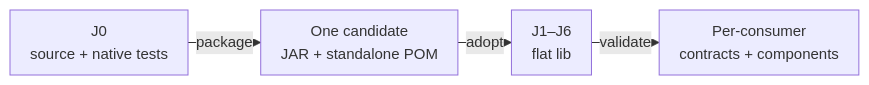
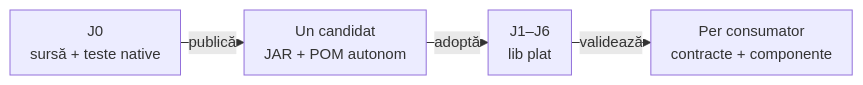
The diagram in docs/ATF_Platform_Libraries.md (crististefanita/atf_j0), drawn with Mermaid before and after one commit. The commit also changed other lines of this file and 15 other files, not shown here.

````diff
--- a/docs/ATF_Platform_Libraries.md
+++ b/docs/ATF_Platform_Libraries.md
@@ -33,7 +33,7 @@
 ```mermaid
 %%{init: {"themeVariables":{"fontSize":"15px"},"themeCSS":".nodeLabel, .nodeLabel p { font-size: 15px !important; line-height: 1.35 !important; } .edgeLabel, .edgeLabel p { font-size: 12px !important; font-weight: 400 !important; line-height: 1.2 !important; } .edgeLabel .labelBkg, .edgeLabel p { background: transparent !important; } .edgeLabel foreignObject { transform: translateY(-18px); overflow: visible; } .node rect { rx: 6px; ry: 6px; }","flowchart":{"curve":"linear","nodeSpacing":24,"rankSpacing":16,"padding":10,"diagramPadding":16}}}%%
 flowchart LR
-    Source["J0<br/>source + native tests"] -->|package| Pair["One candidate<br/>JAR + standalone POM"]
-    Pair -->|adopt| Lib["J1–J6<br/>flat lib"]
-    Lib -->|validate| Acceptance["Per-consumer<br/>contracts + components"]
+    Source["J0<br/>sursă + teste native"] -->|publică| Pair["Un candidat<br/>JAR + POM autonom"]
+    Pair -->|adoptă| Lib["J1–J6<br/>lib plat"]
+    Lib -->|validează| Acceptance["Per consumator<br/>contracte + componente"]
 ```
````
